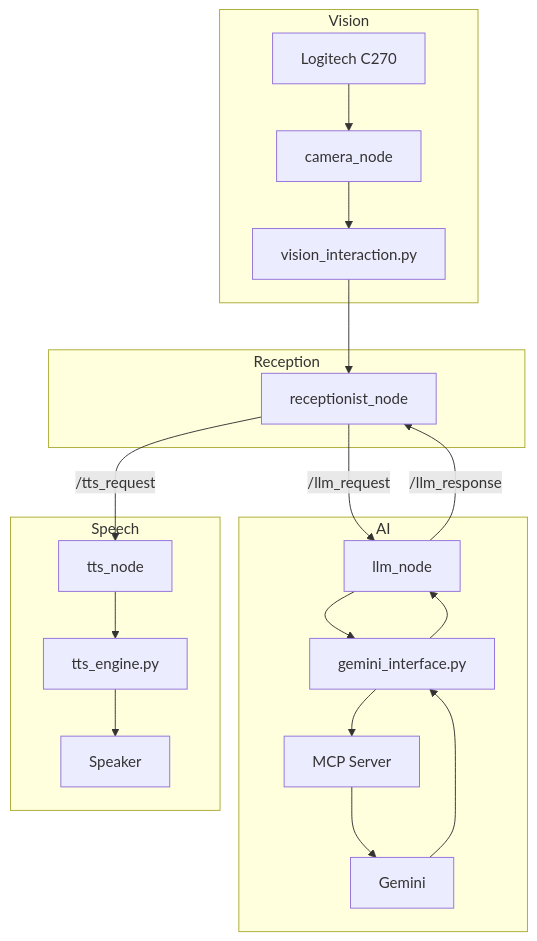
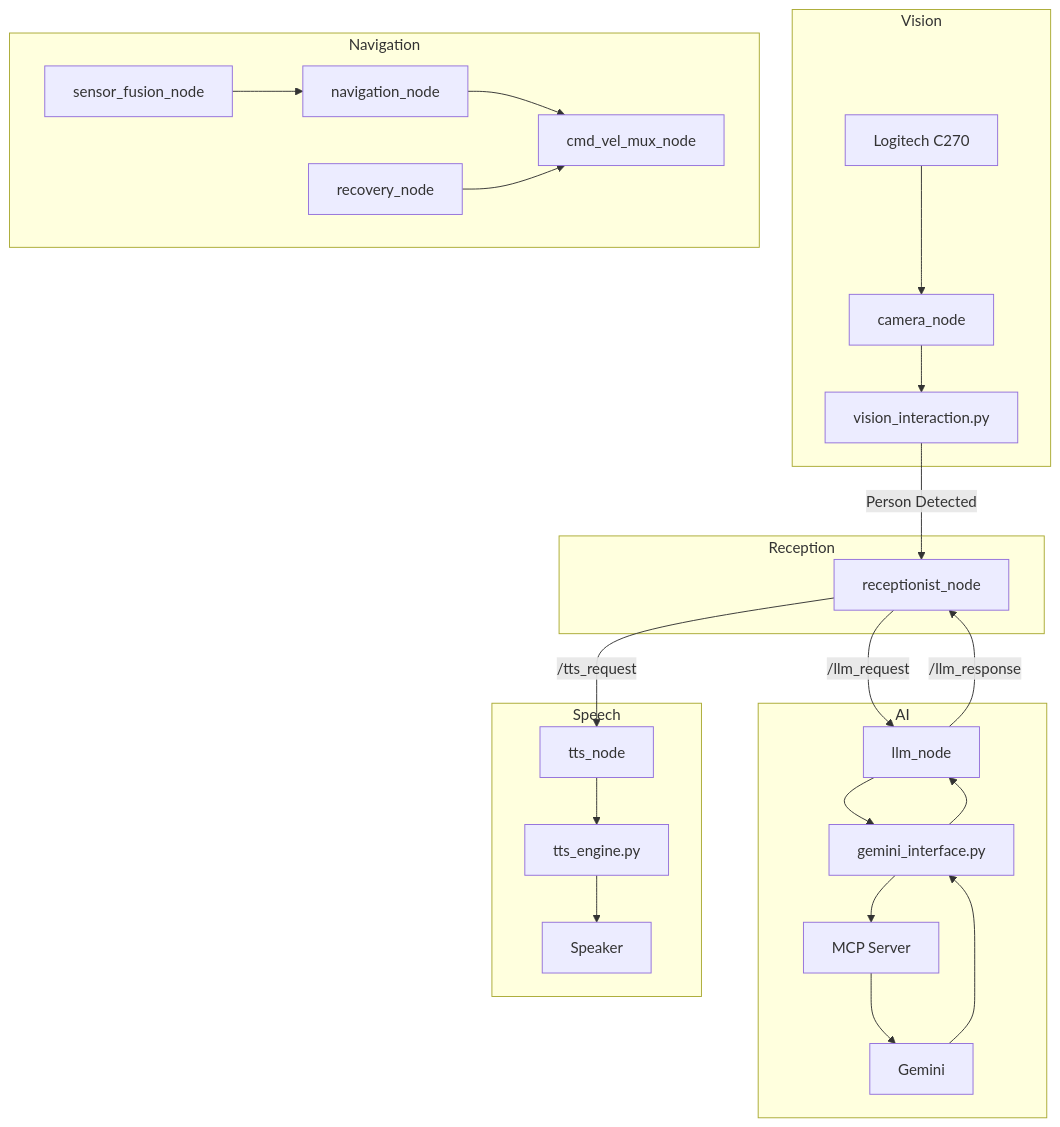
One commit to iamkavin1674/Welcoming-Robot changed the diagram in readme.md. Above: the diagram before and after it, drawn with Mermaid. The commit also changed other lines of this file, not shown here.

````diff
--- a/readme.md
+++ b/readme.md
@@ -18,40 +71,50 @@
 ``` mermaid
 graph TB
 
 subgraph Vision
 CAM[Logitech C270]
 CN[camera_node]
 VI[vision_interaction.py]
 end
 
 subgraph Reception
 RN[receptionist_node]
 end
 
 subgraph AI
 LLMN[llm_node]
 GI[gemini_interface.py]
 MCP[MCP Server]
 GEMINI[Gemini]
 end
 
 subgraph Speech
 TTSN[tts_node]
 TE[tts_engine.py]
 SPK[Speaker]
 end
 
+subgraph Navigation
+SF[sensor_fusion_node]
+NAV[navigation_node]
+REC[recovery_node]
+MUX[cmd_vel_mux_node]
+end
+
 CAM --> CN
 CN --> VI
-VI --> RN
+VI -->|Person Detected| RN
 RN -->|/llm_request| LLMN
 LLMN --> GI
 GI --> MCP
 MCP --> GEMINI
 GEMINI --> GI
 GI --> LLMN
 LLMN -->|/llm_response| RN
 RN -->|/tts_request| TTSN
 TTSN --> TE
 TE --> SPK
+SF --> NAV
+NAV --> MUX
+REC --> MUX
 ```
````
